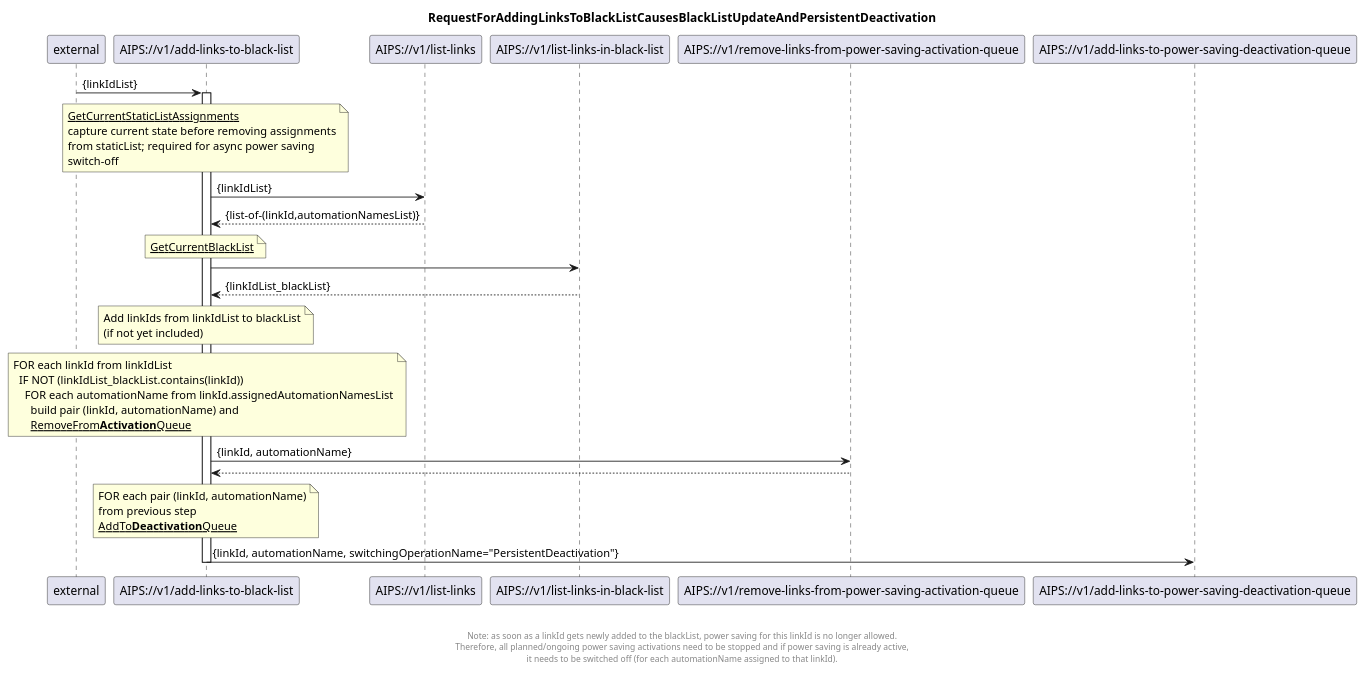
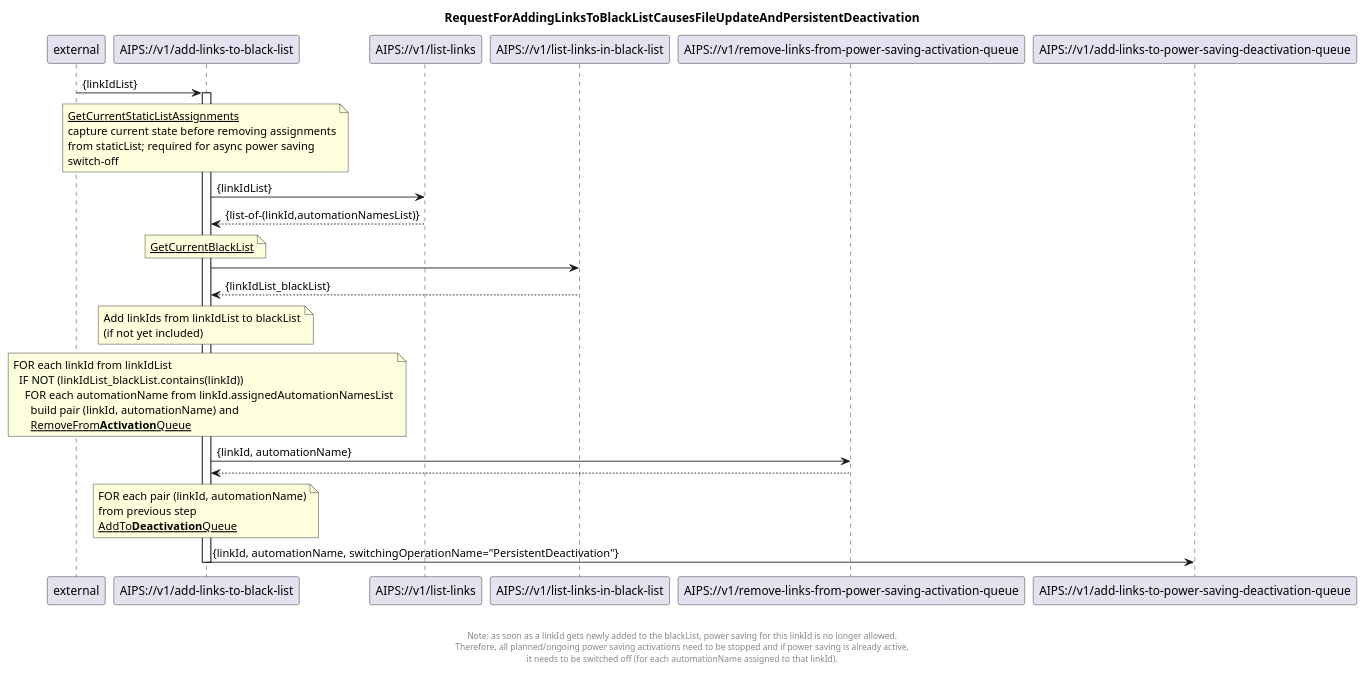
The diagram in diagrams/01 Automation management/120_addLinksToBlackList.plantuml (kmohr-soprasteria/AIPS_wip), drawn with PlantUML before and after one commit. The commit also changed 15 other files, not shown here.

Commit message:
diagramme-v005 added

```diff
--- a/diagrams/01 Automation management/120_addLinksToBlackList.plantuml
+++ b/diagrams/01 Automation management/120_addLinksToBlackList.plantuml
@@ -1,70 +1,70 @@
 @startuml 120_addLinksToBlackList
 skinparam responseMessageBelowArrow true
 
 title
-RequestForAddingLinksToBlackListCausesBlackListUpdateAndPersistentDeactivation
+RequestForAddingLinksToBlackListCausesFileUpdateAndPersistentDeactivation
 end title
 
 participant "external" as requestor
 participant "AIPS://v1/add-links-to-black-list" as addLinks
 participant "AIPS://v1/list-links" as listLinks
 participant "AIPS://v1/list-links-in-black-list" as listBlackList
 participant "AIPS://v1/remove-links-from-power-saving-activation-queue" as stopSimpleActivation
 participant "AIPS://v1/add-links-to-power-saving-deactivation-queue" as startPersistentDeactivation
 
 requestor -> addLinks: {linkIdList}
 activate addLinks
 
 'get current assignments from staticList
 note over addLinks
   <u>GetCurrentStaticListAssignments</u>
   capture current state before removing assignments
   from staticList; required for async power saving
   switch-off
 end note
 addLinks -> listLinks: {linkIdList}
 listLinks --> addLinks: {list-of-(linkId,automationNamesList)}
 
 'get current blackList
 note over addLinks
   <u>GetCurrentBlackList</u>
 end note
 addLinks -> listBlackList
 listBlackList --> addLinks: {linkIdList_blackList}
 
 'add links to blackList file
 note over addLinks
   Add linkIds from linkIdList to blackList
   (if not yet included)
 end note
 
 'stop ongoing/planned power saving
 note over addLinks
   FOR each linkId from linkIdList
     IF NOT (linkIdList_blackList.contains(linkId))
       FOR each automationName from linkId.assignedAutomationNamesList
         build pair (linkId, automationName) and
         <u>RemoveFrom<b>Activation</b>Queue</u>
 end note
 addLinks -> stopSimpleActivation: {linkId, automationName}
 stopSimpleActivation --> addLinks
 
 'initiate persistentDeactivation to turn power saving off
 note over addLinks
   FOR each pair (linkId, automationName)
   from previous step
   <u>AddTo<b>Deactivation</b>Queue</u>
 end note
 addLinks -> startPersistentDeactivation: {linkId, automationName, switchingOperationName="PersistentDeactivation"}
 
 deactivate addLinks
 
 footer
 
 
   Note: as soon as a linkId gets newly added to the blackList, power saving for this linkId is no longer allowed.
   Therefore, all planned/ongoing power saving activations need to be stopped and if power saving is already active, 
   it needs to be switched off (for each automationName assigned to that linkId).
 end footer
 
 @enduml
```
